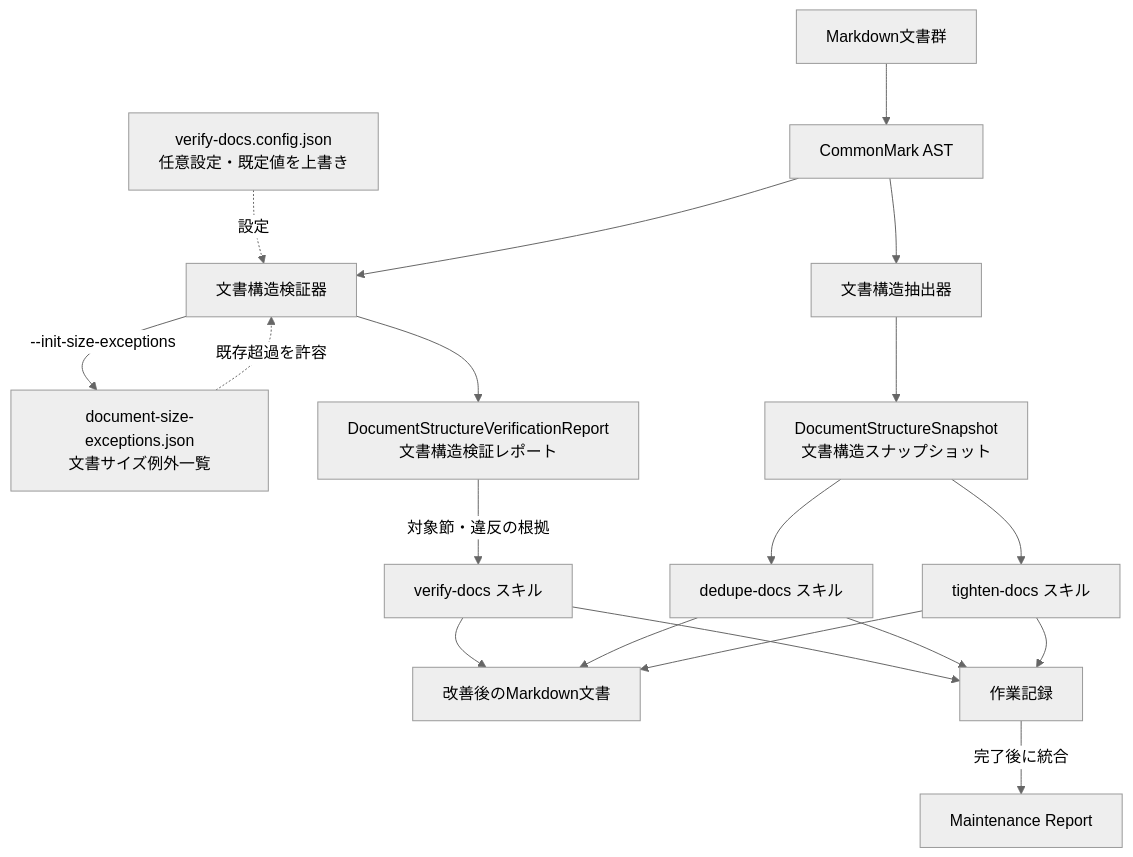
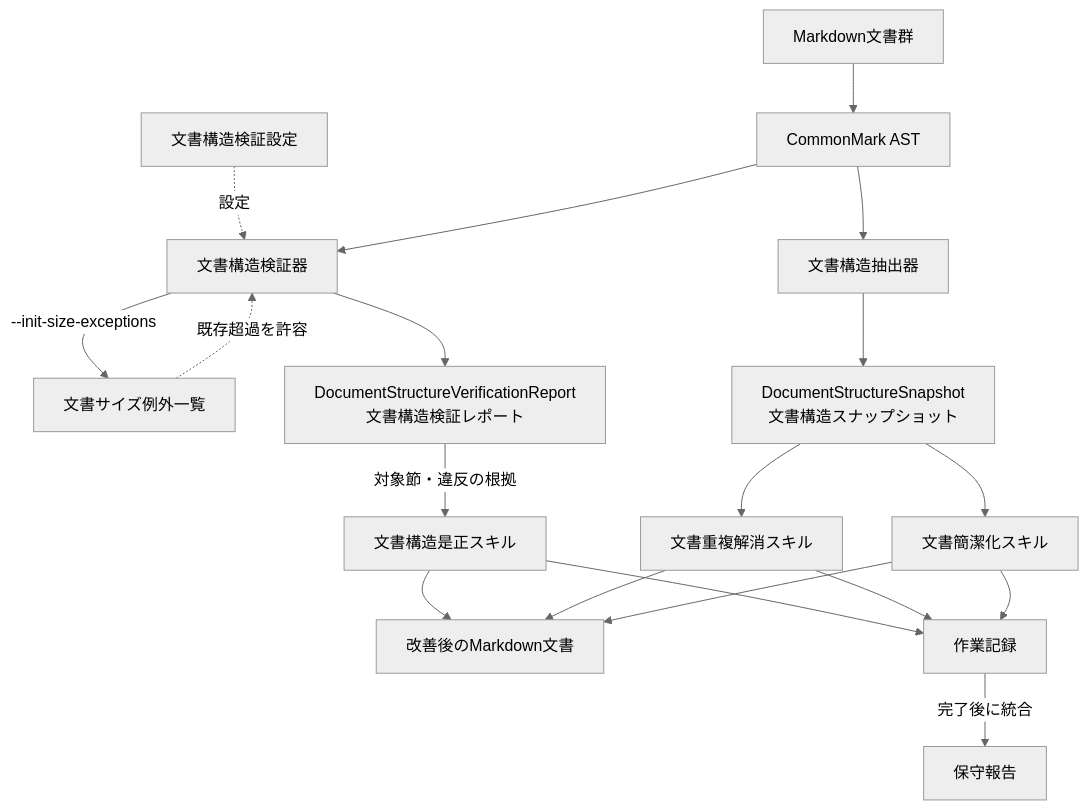
One commit to MichinaoShimizu/claude-kit changed the diagram in packages/verify-docs/README.md. Above: the diagram before and after it, drawn with Mermaid (neutral theme). The commit also changed other lines of this file and 17 other files, not shown here.

````diff
--- a/packages/verify-docs/README.md
+++ b/packages/verify-docs/README.md
@@ -80,37 +76,37 @@
 ```mermaid
 flowchart TD
     Docs[Markdown文書群]
-    Config[verify-docs.config.json<br/>任意設定・既定値を上書き]
-    SizeExceptions[document-size-exceptions.json<br/>文書サイズ例外一覧]
+    Config[文書構造検証設定]
+    SizeExceptions[文書サイズ例外一覧]
     AST[CommonMark AST]
     DocumentStructureVerifier[文書構造検証器]
     VerificationReport[DocumentStructureVerificationReport<br/>文書構造検証レポート]
     DocumentStructureExtractor[文書構造抽出器]
     StructureSnapshot[DocumentStructureSnapshot<br/>文書構造スナップショット]
-    VerifySkill[verify-docs スキル]
-    Dedupe[dedupe-docs スキル]
-    Tighten[tighten-docs スキル]
+    VerifySkill[文書構造是正スキル]
+    Dedupe[文書重複解消スキル]
+    Tighten[文書簡潔化スキル]
     UpdatedDocs[改善後のMarkdown文書]
     WorkRecords[作業記録]
-    MaintenanceReport[Maintenance Report]
+    MaintenanceReport[保守報告]
 
     Docs --> AST
     Config -.設定.-> DocumentStructureVerifier
     SizeExceptions -.既存超過を許容.-> DocumentStructureVerifier
     AST --> DocumentStructureVerifier
     DocumentStructureVerifier --> VerificationReport
     DocumentStructureVerifier -->|--init-size-exceptions| SizeExceptions
     VerificationReport -->|対象節・違反の根拠| VerifySkill
     VerifySkill --> WorkRecords
     VerifySkill --> UpdatedDocs
 
     AST --> DocumentStructureExtractor
     DocumentStructureExtractor --> StructureSnapshot
     StructureSnapshot --> Dedupe
     StructureSnapshot --> Tighten
     Dedupe --> WorkRecords
     Tighten --> WorkRecords
     WorkRecords -->|完了後に統合| MaintenanceReport
     Dedupe --> UpdatedDocs
     Tighten --> UpdatedDocs
 ```
````
